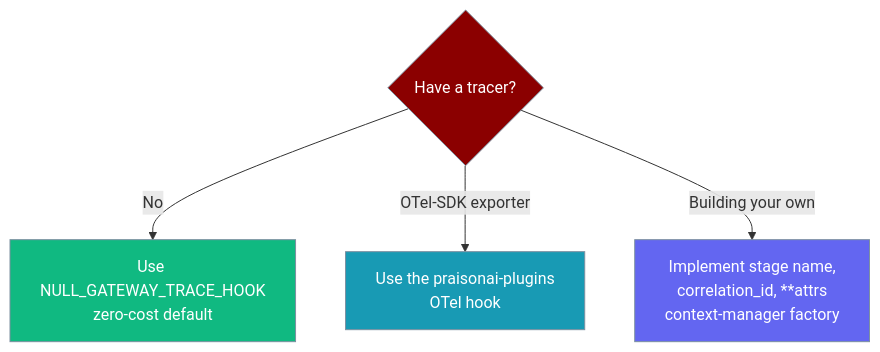
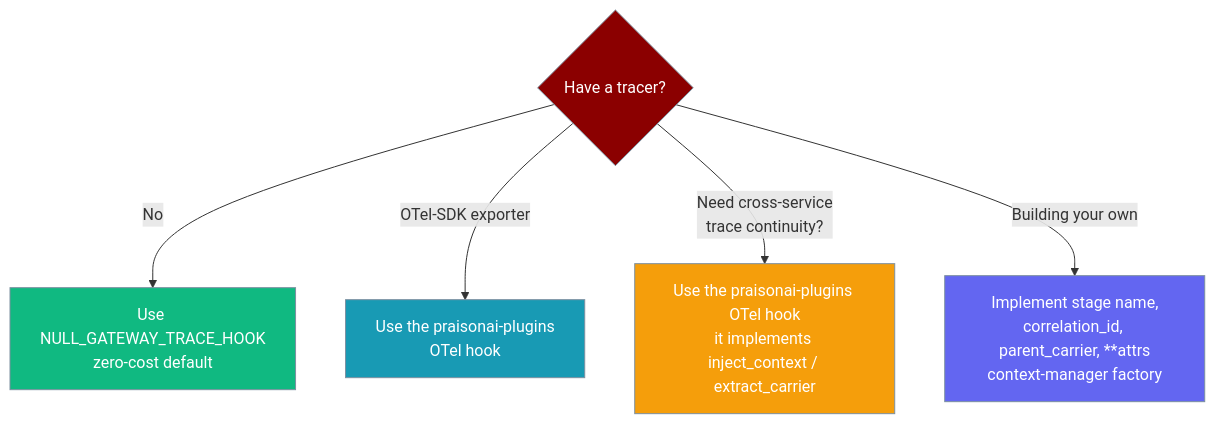
Before and after one commit to MervinPraison/PraisonAIDocs: the fourth of 4 diagrams in docs/features/gateway-tracing-hook.mdx, drawn with Mermaid. The commit also changed other lines of this file, not shown here.

First line of the commit message:
docs: document W3C trace-context propagation in Gateway Tracing Hook (fixes #3096)

````diff
--- a/docs/features/gateway-tracing-hook.mdx
+++ b/docs/features/gateway-tracing-hook.mdx
@@ -281,17 +404,20 @@
 ```mermaid
 graph TB
     Q{Have a tracer?}
     Q -->|No| Null[Use NULL_GATEWAY_TRACE_HOOK<br/>zero-cost default]
     Q -->|OTel-SDK exporter| Plugin[Use the praisonai-plugins<br/>OTel hook]
-    Q -->|Building your own| Custom[Implement stage name,<br/>correlation_id, **attrs<br/>context-manager factory]
+    Q -->|Need cross-service<br/>trace continuity?| Prop[Use the praisonai-plugins OTel hook<br/>it implements inject_context / extract_carrier]
+    Q -->|Building your own| Custom[Implement stage name,<br/>correlation_id, parent_carrier, **attrs<br/>context-manager factory]
 
     classDef q fill:#8B0000,stroke:#7C90A0,color:#fff
     classDef null fill:#10B981,stroke:#7C90A0,color:#fff
     classDef plugin fill:#189AB4,stroke:#7C90A0,color:#fff
+    classDef prop fill:#F59E0B,stroke:#7C90A0,color:#fff
     classDef custom fill:#6366F1,stroke:#7C90A0,color:#fff
 
     class Q q
     class Null null
     class Plugin plugin
+    class Prop prop
     class Custom custom
 ```
````
